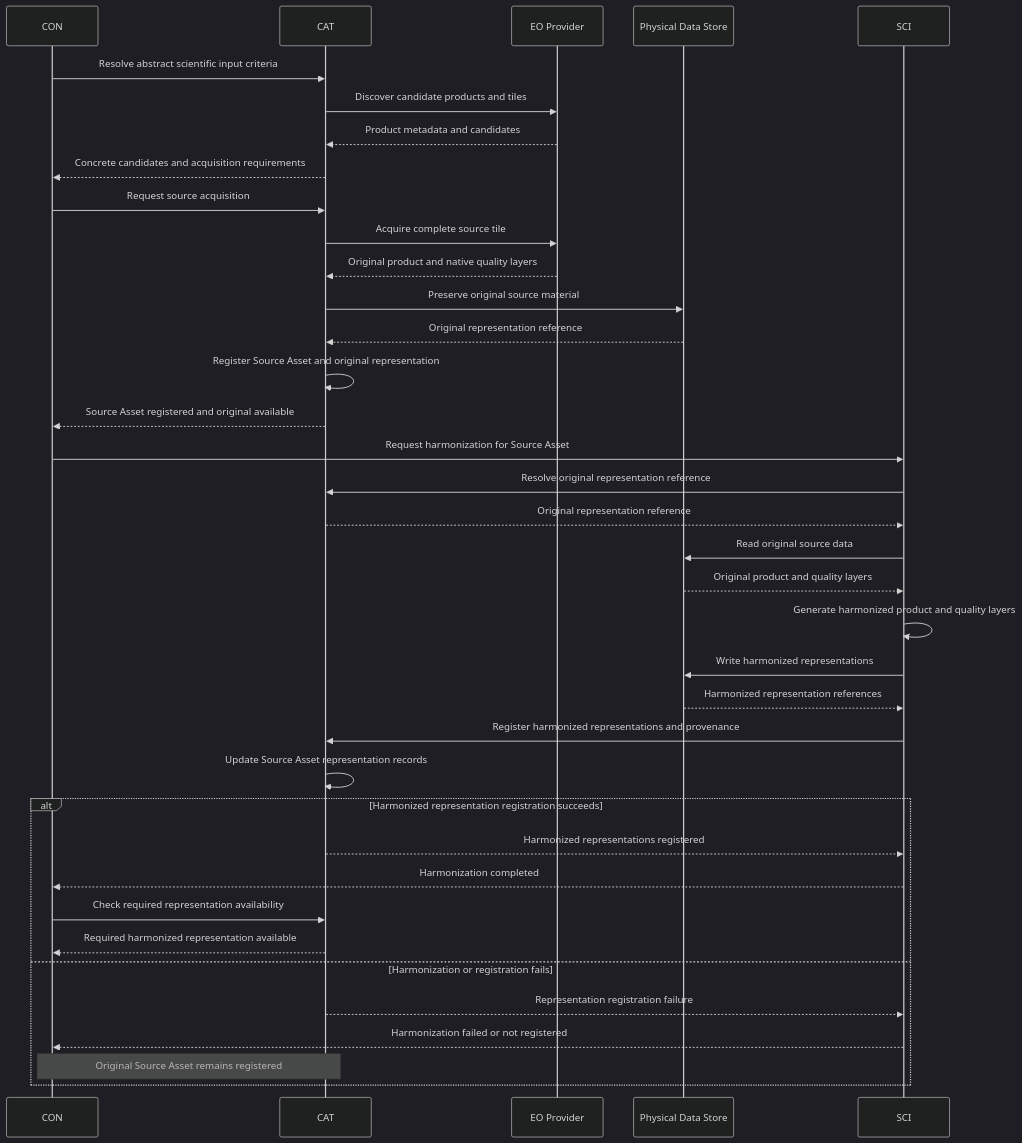
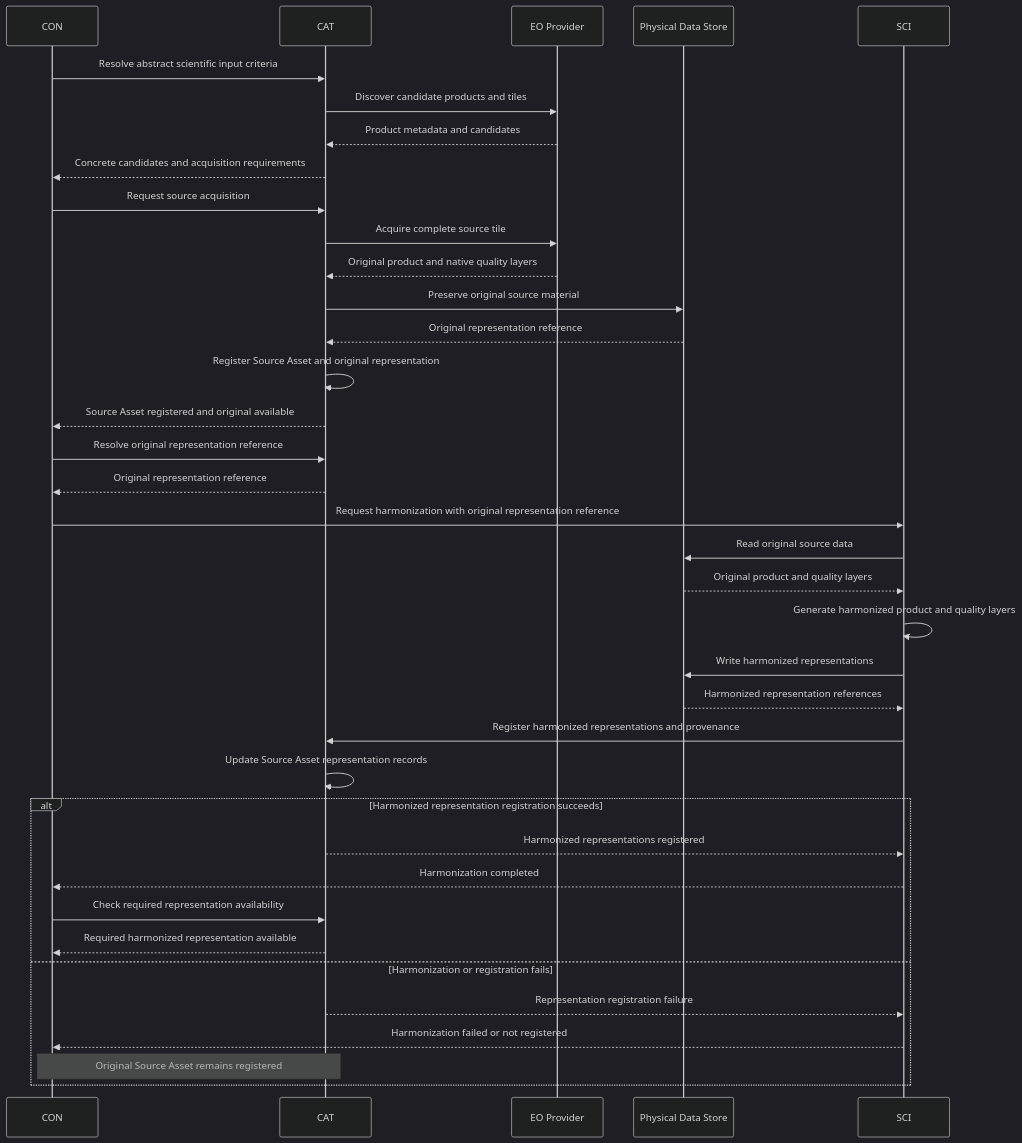
Before and after one commit to arnaudsomville/MEOGAP: the second of 3 diagrams in documentation/architecture/catalogue-responsibilities.md, drawn with Mermaid (dark theme).

Commit message:
docs(architecture): keep source reference resolution through CON

````diff
--- a/documentation/architecture/catalogue-responsibilities.md
+++ b/documentation/architecture/catalogue-responsibilities.md
@@ -246,41 +246,41 @@
 ```mermaid
 sequenceDiagram
     participant CON
     participant CAT
     participant Provider as EO Provider
     participant Store as Physical Data Store
     participant SCI
 
     CON->>CAT: Resolve abstract scientific input criteria
     CAT->>Provider: Discover candidate products and tiles
     Provider-->>CAT: Product metadata and candidates
     CAT-->>CON: Concrete candidates and acquisition requirements
     CON->>CAT: Request source acquisition
     CAT->>Provider: Acquire complete source tile
     Provider-->>CAT: Original product and native quality layers
     CAT->>Store: Preserve original source material
     Store-->>CAT: Original representation reference
     CAT->>CAT: Register Source Asset and original representation
     CAT-->>CON: Source Asset registered and original available
 
-    CON->>SCI: Request harmonization for Source Asset
-    SCI->>CAT: Resolve original representation reference
-    CAT-->>SCI: Original representation reference
+    CON->>CAT: Resolve original representation reference
+    CAT-->>CON: Original representation reference
+    CON->>SCI: Request harmonization with original representation reference
     SCI->>Store: Read original source data
     Store-->>SCI: Original product and quality layers
     SCI->>SCI: Generate harmonized product and quality layers
     SCI->>Store: Write harmonized representations
     Store-->>SCI: Harmonized representation references
     SCI->>CAT: Register harmonized representations and provenance
     CAT->>CAT: Update Source Asset representation records
     alt Harmonized representation registration succeeds
       CAT-->>SCI: Harmonized representations registered
       SCI-->>CON: Harmonization completed
       CON->>CAT: Check required representation availability
       CAT-->>CON: Required harmonized representation available
     else Harmonization or registration fails
       CAT-->>SCI: Representation registration failure
       SCI-->>CON: Harmonization failed or not registered
       Note over CAT,CON: Original Source Asset remains registered
     end
 ```
````
